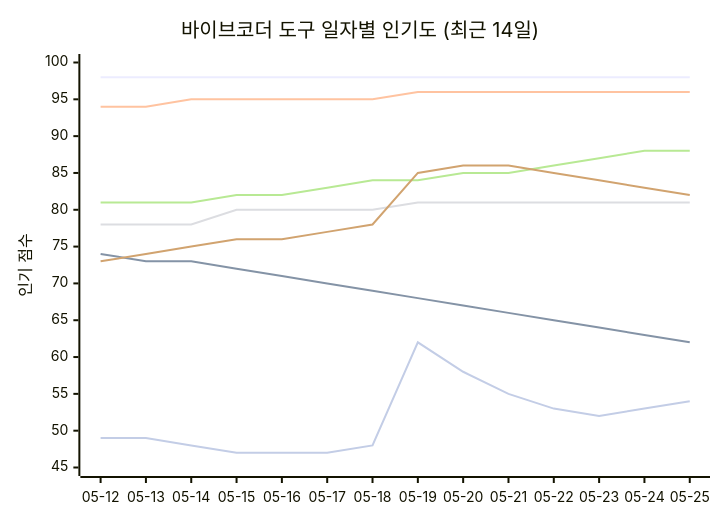
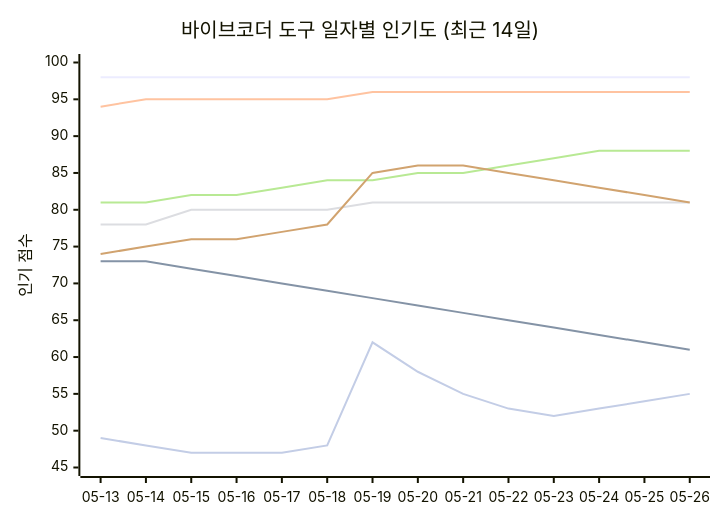
The seventh of 11 diagrams in README_ko.md (tykimos/ai-whatchelin), drawn with Mermaid before and after one commit. The commit also changed other lines of this file and 4 other files, not shown here.

````diff
--- a/README_ko.md
+++ b/README_ko.md
@@ -996,13 +1009,13 @@
 ```mermaid
 xychart-beta
     title "바이브코더 도구 일자별 인기도 (최근 14일)"
-    x-axis ["05-12", "05-13", "05-14", "05-15", "05-16", "05-17", "05-18", "05-19", "05-20", "05-21", "05-22", "05-23", "05-24", "05-25"]
+    x-axis ["05-13", "05-14", "05-15", "05-16", "05-17", "05-18", "05-19", "05-20", "05-21", "05-22", "05-23", "05-24", "05-25", "05-26"]
     y-axis "인기 점수" 45 --> 100
     line "Claude Code" [98, 98, 98, 98, 98, 98, 98, 98, 98, 98, 98, 98, 98, 98]
-    line "GH Copilot" [74, 73, 73, 72, 71, 70, 69, 68, 67, 66, 65, 64, 63, 62]
-    line "Cursor" [94, 94, 95, 95, 95, 95, 95, 96, 96, 96, 96, 96, 96, 96]
-    line "Windsurf" [78, 78, 78, 80, 80, 80, 80, 81, 81, 81, 81, 81, 81, 81]
-    line "Codex CLI" [81, 81, 81, 82, 82, 83, 84, 84, 85, 85, 86, 87, 88, 88]
-    line "Gemini CLI" [73, 74, 75, 76, 76, 77, 78, 85, 86, 86, 85, 84, 83, 82]
-    line "Antigravity" [49, 49, 48, 47, 47, 47, 48, 62, 58, 55, 53, 52, 53, 54]
+    line "GH Copilot" [73, 73, 72, 71, 70, 69, 68, 67, 66, 65, 64, 63, 62, 61]
+    line "Cursor" [94, 95, 95, 95, 95, 95, 96, 96, 96, 96, 96, 96, 96, 96]
+    line "Windsurf" [78, 78, 80, 80, 80, 80, 81, 81, 81, 81, 81, 81, 81, 81]
+    line "Codex CLI" [81, 81, 82, 82, 83, 84, 84, 85, 85, 86, 87, 88, 88, 88]
+    line "Gemini CLI" [74, 75, 76, 76, 77, 78, 85, 86, 86, 85, 84, 83, 82, 81]
+    line "Antigravity" [49, 48, 47, 47, 47, 48, 62, 58, 55, 53, 52, 53, 54, 55]
 ```
````
